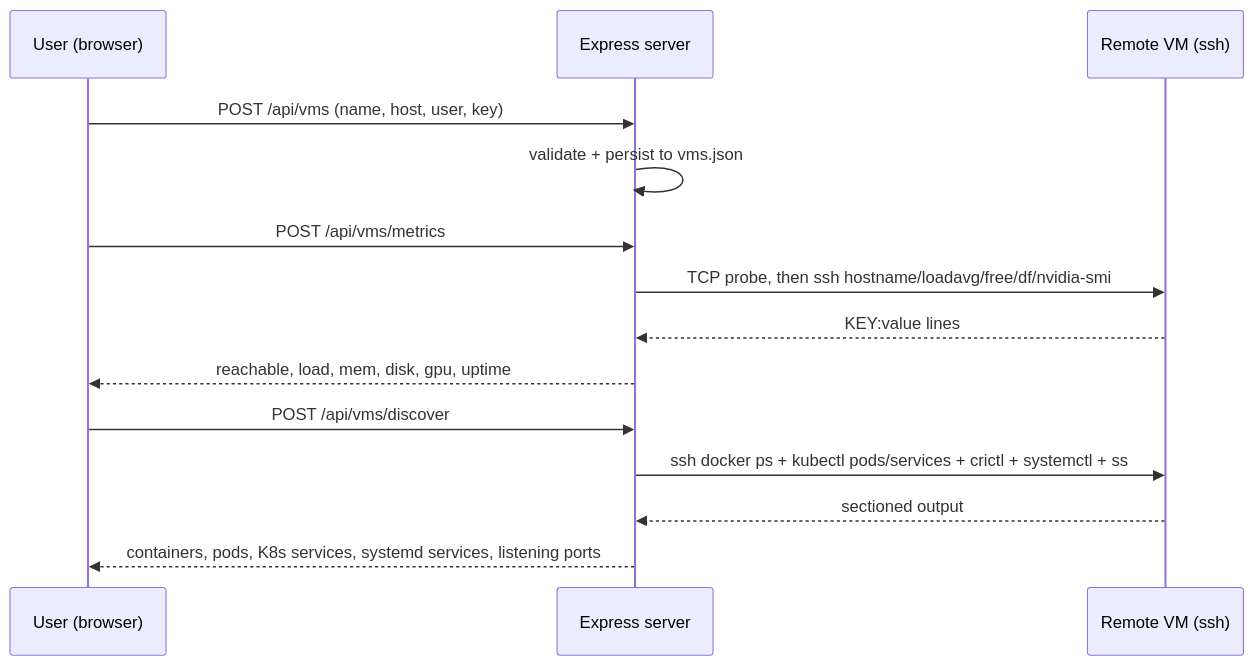
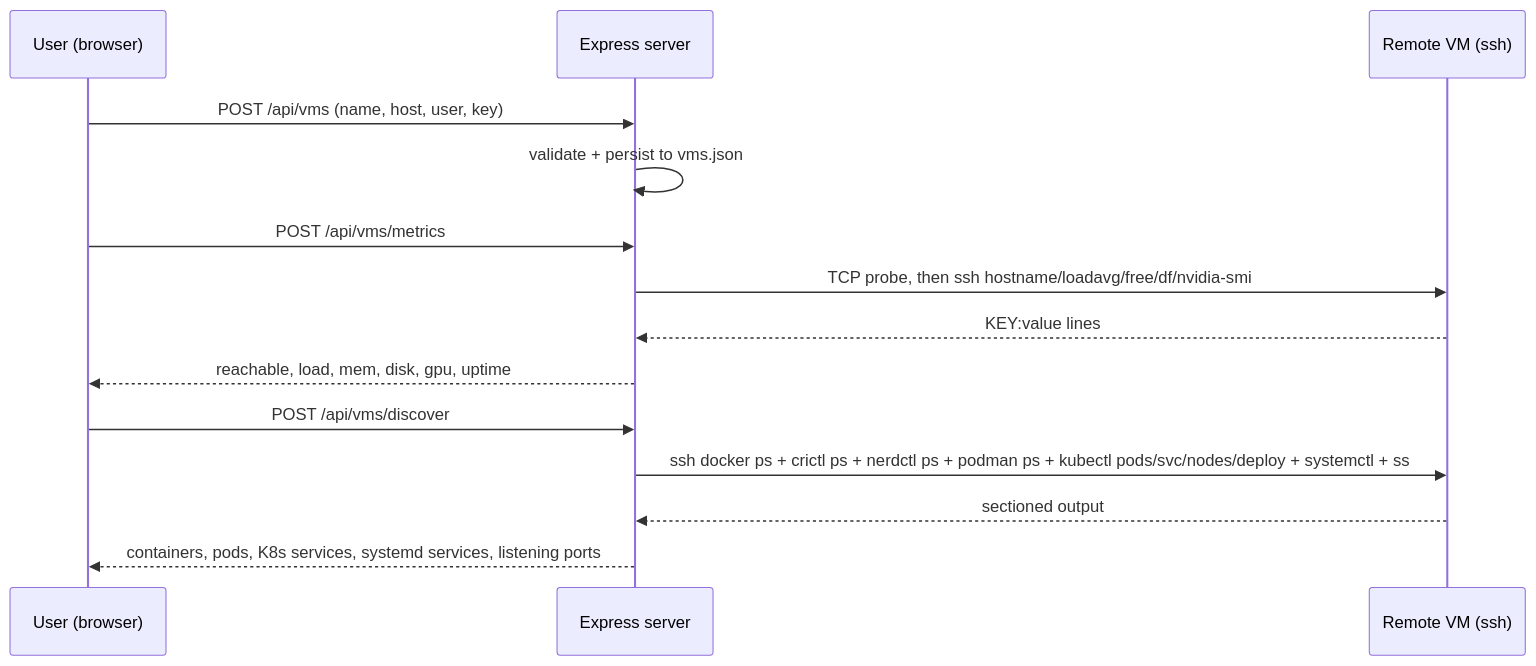
Before and after one commit to AdityaRam24/kalam: the second of 8 diagrams in ARCHITECTURE.md, drawn with Mermaid. The commit also changed other lines of this file and 5 other files, not shown here.

````diff
--- a/ARCHITECTURE.md
+++ b/ARCHITECTURE.md
@@ -69,17 +69,17 @@
 ```mermaid
 sequenceDiagram
     participant U as User (browser)
     participant S as Express server
     participant V as Remote VM (ssh)
 
     U->>S: POST /api/vms (name, host, user, key)
     S->>S: validate + persist to vms.json
     U->>S: POST /api/vms/metrics
     S->>V: TCP probe, then ssh hostname/loadavg/free/df/nvidia-smi
     V-->>S: KEY:value lines
     S-->>U: reachable, load, mem, disk, gpu, uptime
     U->>S: POST /api/vms/discover
-    S->>V: ssh docker ps + kubectl pods/services + crictl + systemctl + ss
+    S->>V: ssh docker ps + crictl ps + nerdctl ps + podman ps + kubectl pods/svc/nodes/deploy + systemctl + ss
     V-->>S: sectioned output
     S-->>U: containers, pods, K8s services, systemd services, listening ports
 ```
````
